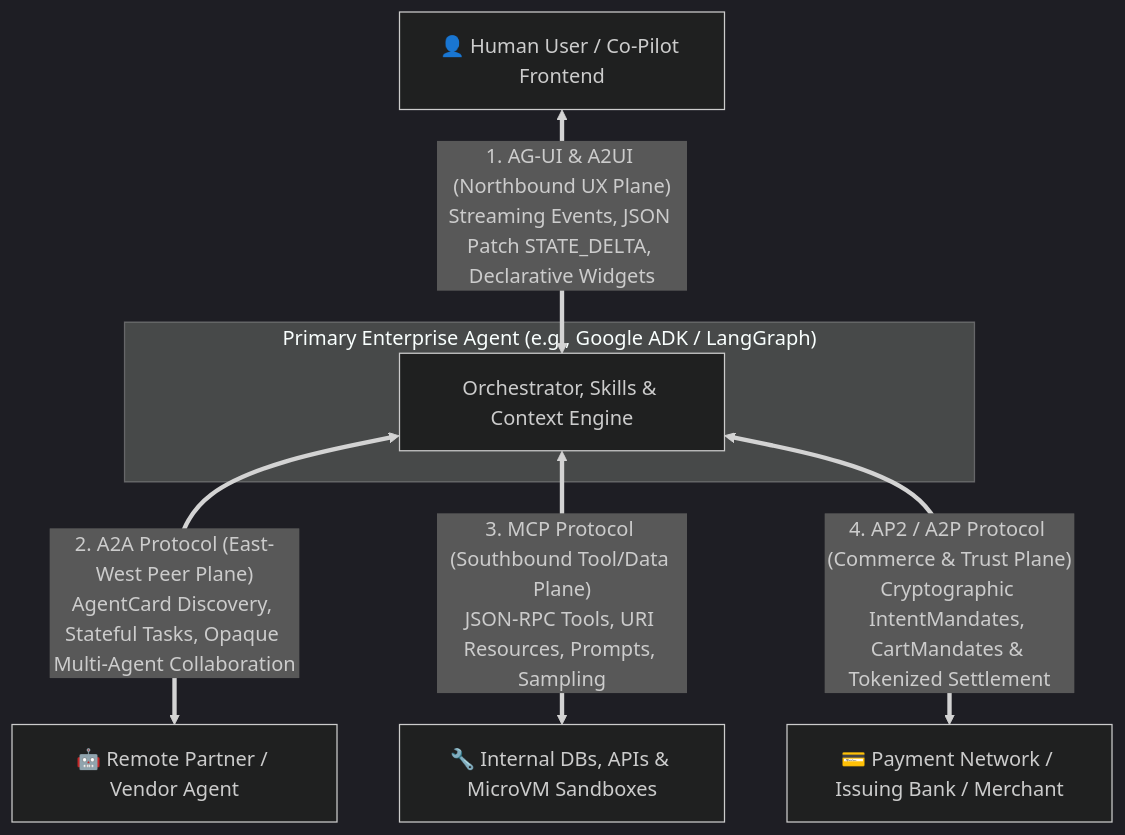
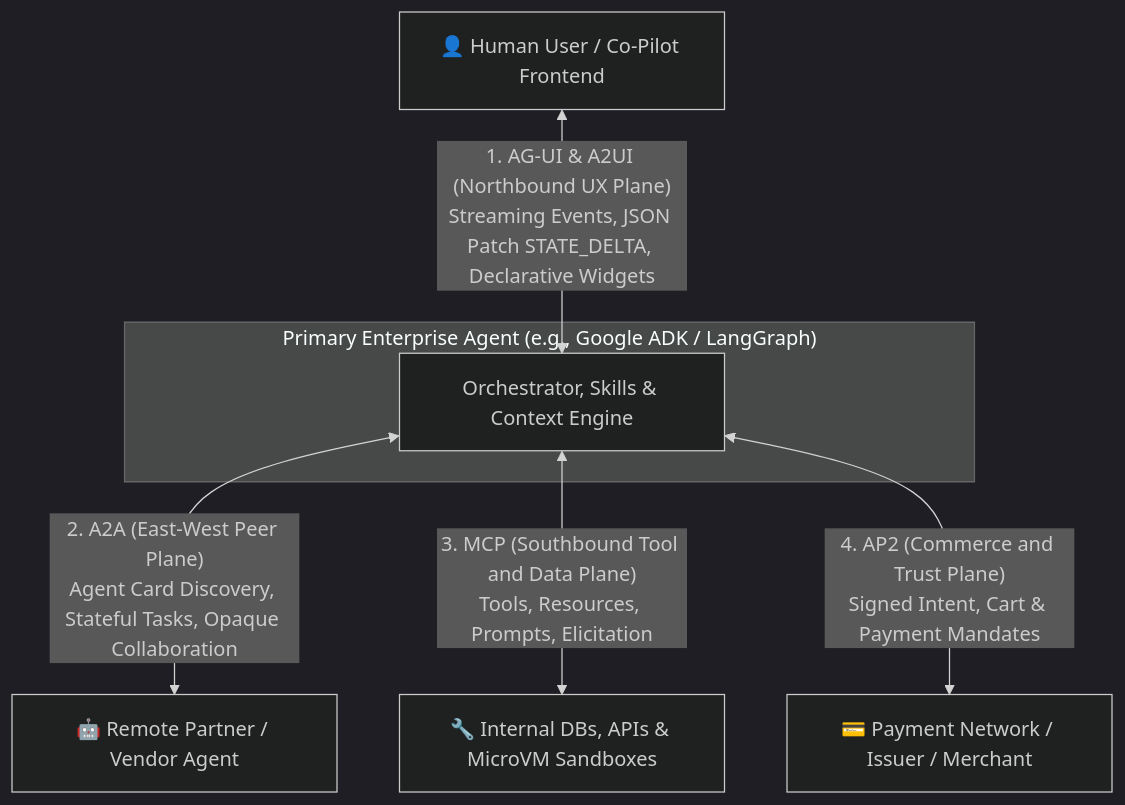
Before and after one commit to Rajdipc/agentic-ai-orchestration-patterns: the second of 3 diagrams in README.md, drawn with Mermaid (dark theme). The commit also changed other lines of this file and 18 other files, not shown here.

````diff
--- a/README.md
+++ b/README.md
@@ -105,13 +111,13 @@
 ```mermaid
 flowchart TD
     Human["👤 Human User / Co-Pilot Frontend"]
 
     subgraph Orch["Primary Enterprise Agent (e.g., Google ADK / LangGraph)"]
         Core["Orchestrator, Skills & Context Engine"]
     end
 
-    Human <== "1. AG-UI & A2UI (Northbound UX Plane)\nStreaming Events, JSON Patch STATE_DELTA, Declarative Widgets" ==> Core
-    Core <== "2. A2A Protocol (East-West Peer Plane)\nAgentCard Discovery, Stateful Tasks, Opaque Multi-Agent Collaboration" ==> Peer["🤖 Remote Partner / Vendor Agent"]
-    Core <== "3. MCP Protocol (Southbound Tool/Data Plane)\nJSON-RPC Tools, URI Resources, Prompts, Sampling" ==> Tools["🔧 Internal DBs, APIs & MicroVM Sandboxes"]
-    Core <== "4. AP2 / A2P Protocol (Commerce & Trust Plane)\nCryptographic IntentMandates, CartMandates & Tokenized Settlement" ==> Pay["💳 Payment Network / Issuing Bank / Merchant"]
+    Human <-->|"1. AG-UI & A2UI (Northbound UX Plane)<br/>Streaming Events, JSON Patch STATE_DELTA, Declarative Widgets"| Core
+    Core <-->|"2. A2A (East-West Peer Plane)<br/>Agent Card Discovery, Stateful Tasks, Opaque Collaboration"| Peer["🤖 Remote Partner / Vendor Agent"]
+    Core <-->|"3. MCP (Southbound Tool and Data Plane)<br/>Tools, Resources, Prompts, Elicitation"| Tools["🔧 Internal DBs, APIs & MicroVM Sandboxes"]
+    Core <-->|"4. AP2 (Commerce and Trust Plane)<br/>Signed Intent, Cart & Payment Mandates"| Pay["💳 Payment Network / Issuer / Merchant"]
 ```
````
